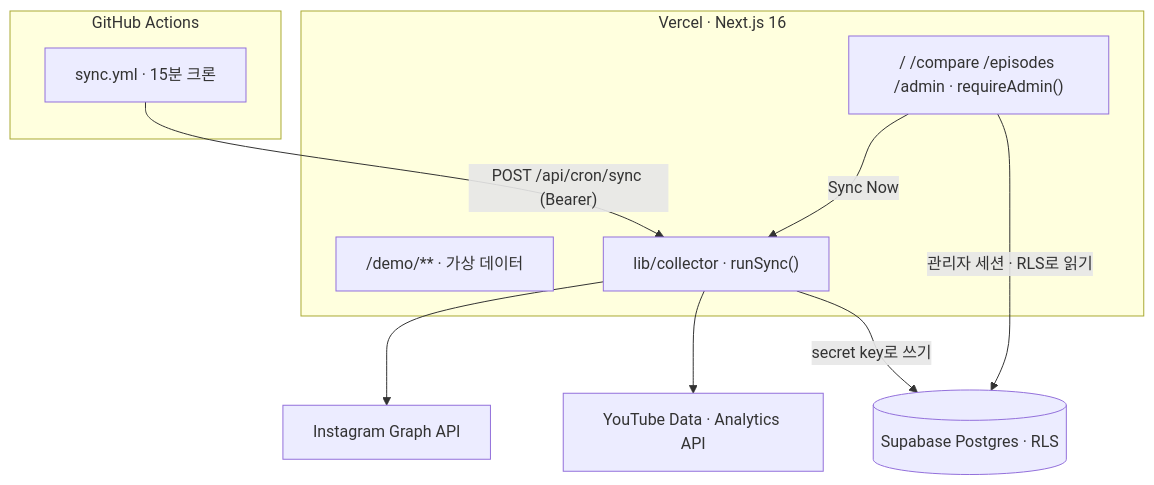
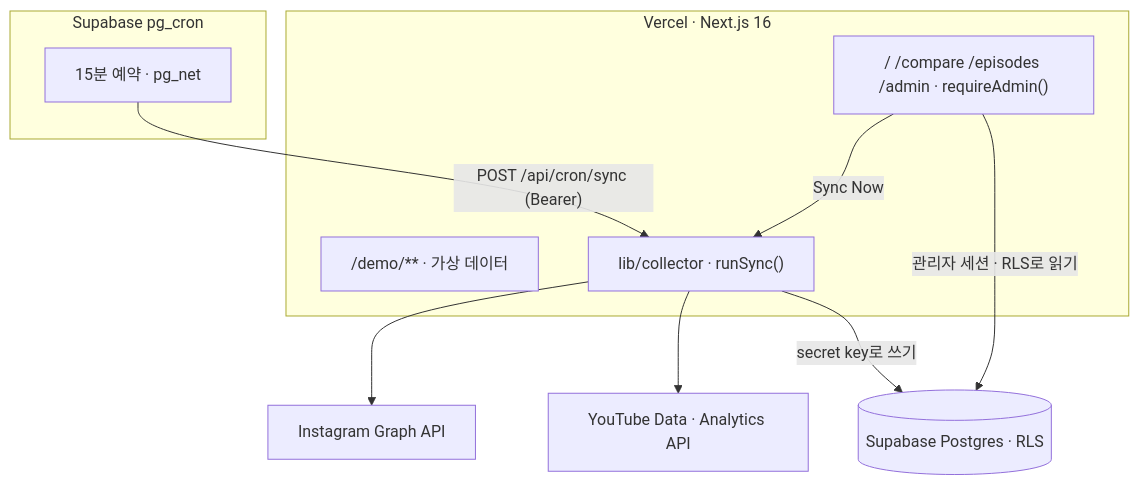
One commit to aeyongee/techrano-analytics changed the diagram in README.md. Above: the diagram before and after it, drawn with Mermaid. The commit also changed other lines of this file and 8 other files, not shown here.

First line of the commit message:
GitHub Actions 예약 수집 삭제

````diff
--- a/README.md
+++ b/README.md
@@ -31,18 +31,18 @@
 ```mermaid
 flowchart TB
-  subgraph GH["GitHub Actions"]
-    S["sync.yml · 15분 크론"]
+  subgraph DBC["Supabase pg_cron"]
+    S["15분 예약 · pg_net"]
   end
   subgraph V["Vercel · Next.js 16"]
     D["/demo/** · 가상 데이터"]
     A["/ /compare /episodes /admin · requireAdmin()"]
     C["lib/collector · runSync()"]
   end
   DB[("Supabase Postgres · RLS")]
   S -- "POST /api/cron/sync (Bearer)" --> C
   A -- "Sync Now" --> C
   C --> IG["Instagram Graph API"]
   C --> YT["YouTube Data · Analytics API"]
   C -- "secret key로 쓰기" --> DB
   A -- "관리자 세션 · RLS로 읽기" --> DB
 ```
````
